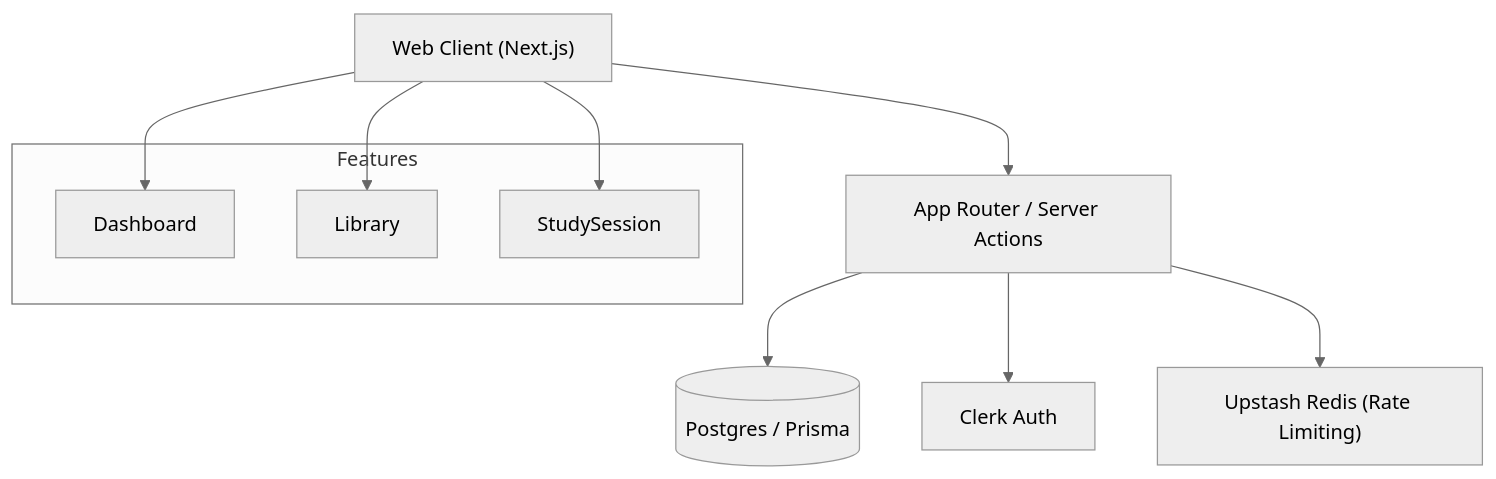
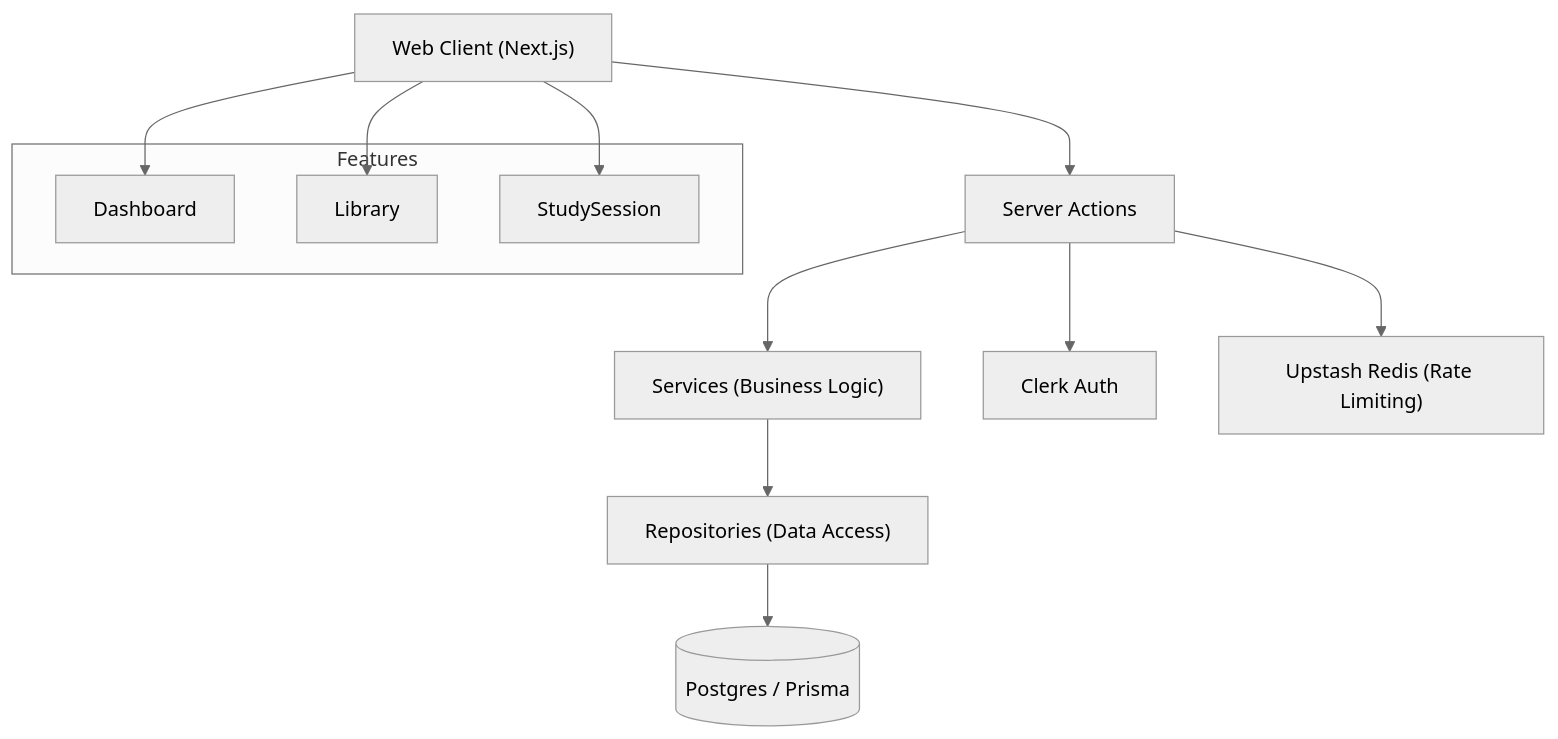
One commit to HenryXV/study-platform changed the first of 3 diagrams in docs/ARCHITECTURE.md. Above: the diagram before and after it, drawn with Mermaid (neutral theme). The commit also changed other lines of this file and 9 other files, not shown here.

````diff
--- a/docs/ARCHITECTURE.md
+++ b/docs/ARCHITECTURE.md
@@ -7,17 +7,20 @@
 ```mermaid
 graph TB
-    Client["Web Client (Next.js)"] --> API["App Router / Server Actions"]
-    API --> DB[("Postgres / Prisma")]
+    Client["Web Client (Next.js)"] --> API["Server Actions"]
+    API --> Service["Services (Business Logic)"]
+    Service --> Repo["Repositories (Data Access)"]
+    Repo --> DB[("Postgres / Prisma")]
+    
     API --> Auth["Clerk Auth"]
     API --> Cache["Upstash Redis (Rate Limiting)"]
     
     subgraph "Features"
         Dashboard
         Library
         StudySession
     end
     
     Client --> Dashboard
     Client --> Library
     Client --> StudySession
 ```
````
